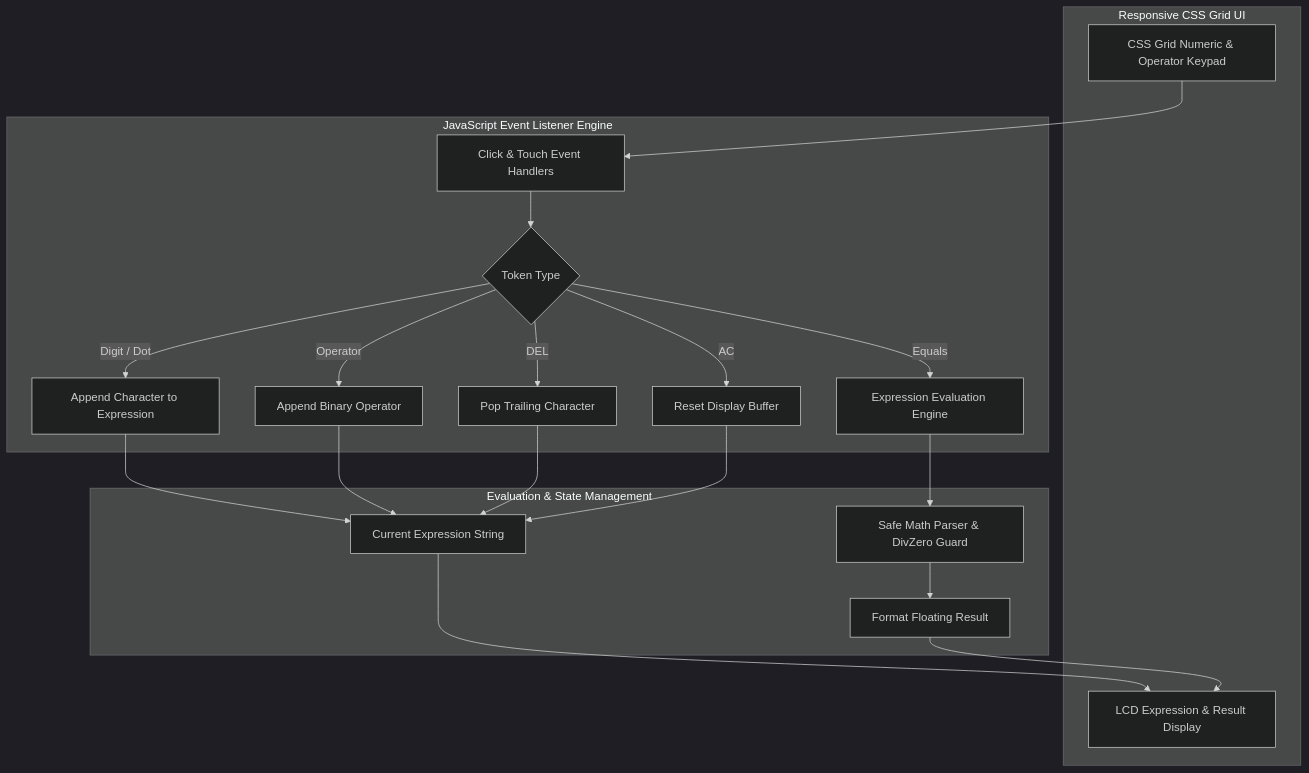
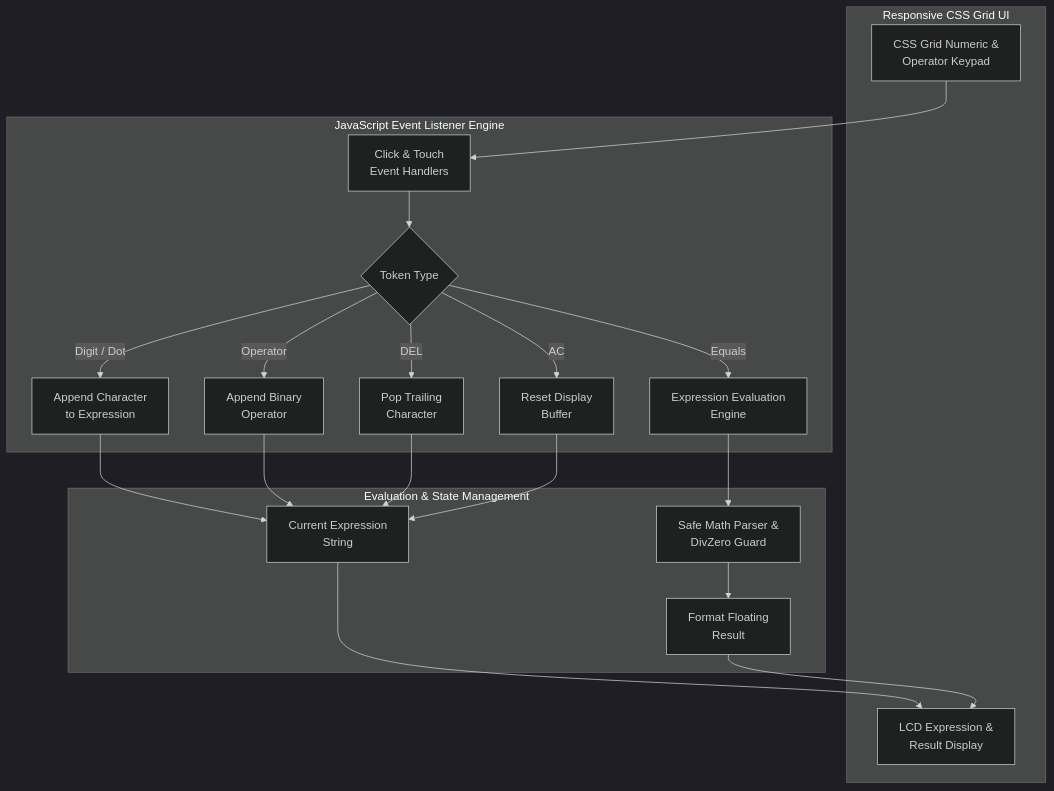
Before and after one commit to ISBANDURAHUMAN-R/_CALCULATOR_: the diagram in README.md, drawn with Mermaid (dark theme).

Commit message:
docs: fix Mermaid diagram text visibility, wrapping and responsive layout

````diff
--- a/README.md
+++ b/README.md
@@ -19,28 +19,28 @@
 ```mermaid
 graph TD
     subgraph View ["Responsive CSS Grid UI"]
-        Display[LCD Expression & Result Display]
-        Keypad[CSS Grid Numeric & Operator Keypad]
+        Display["LCD Expression &<br/>Result Display"]
+        Keypad["CSS Grid Numeric &<br/>Operator Keypad"]
     end
 
     subgraph Controller ["JavaScript Event Listener Engine"]
-        Keypad --> ClickEvent[Click & Touch Event Handlers]
-        ClickEvent --> ActionRouter{Token Type}
-        ActionRouter -- Digit / Dot --> TokenAppend[Append Character to Expression]
-        ActionRouter -- Operator --> OpAppend[Append Binary Operator]
-        ActionRouter -- AC --> ClearAll[Reset Display Buffer]
-        ActionRouter -- DEL --> DelChar[Pop Trailing Character]
-        ActionRouter -- Equals --> EvalEngine[Expression Evaluation Engine]
+        Keypad --> ClickEvent["Click & Touch<br/>Event Handlers"]
+        ClickEvent --> ActionRouter{"Token Type"}
+        ActionRouter -- Digit / Dot --> TokenAppend["Append Character<br/>to Expression"]
+        ActionRouter -- Operator --> OpAppend["Append Binary<br/>Operator"]
+        ActionRouter -- AC --> ClearAll["Reset Display<br/>Buffer"]
+        ActionRouter -- DEL --> DelChar["Pop Trailing<br/>Character"]
+        ActionRouter -- Equals --> EvalEngine["Expression Evaluation<br/>Engine"]
     end
 
     subgraph Evaluation ["Evaluation & State Management"]
-        TokenAppend --> Buffer[Current Expression String]
+        TokenAppend --> Buffer["Current Expression<br/>String"]
         OpAppend --> Buffer
         DelChar --> Buffer
         ClearAll --> Buffer
         Buffer --> Display
-        EvalEngine --> SafeParse[Safe Math Parser & DivZero Guard]
-        SafeParse --> OutputState[Format Floating Result]
+        EvalEngine --> SafeParse["Safe Math Parser &<br/>DivZero Guard"]
+        SafeParse --> OutputState["Format Floating<br/>Result"]
         OutputState --> Display
     end
 ```
````
